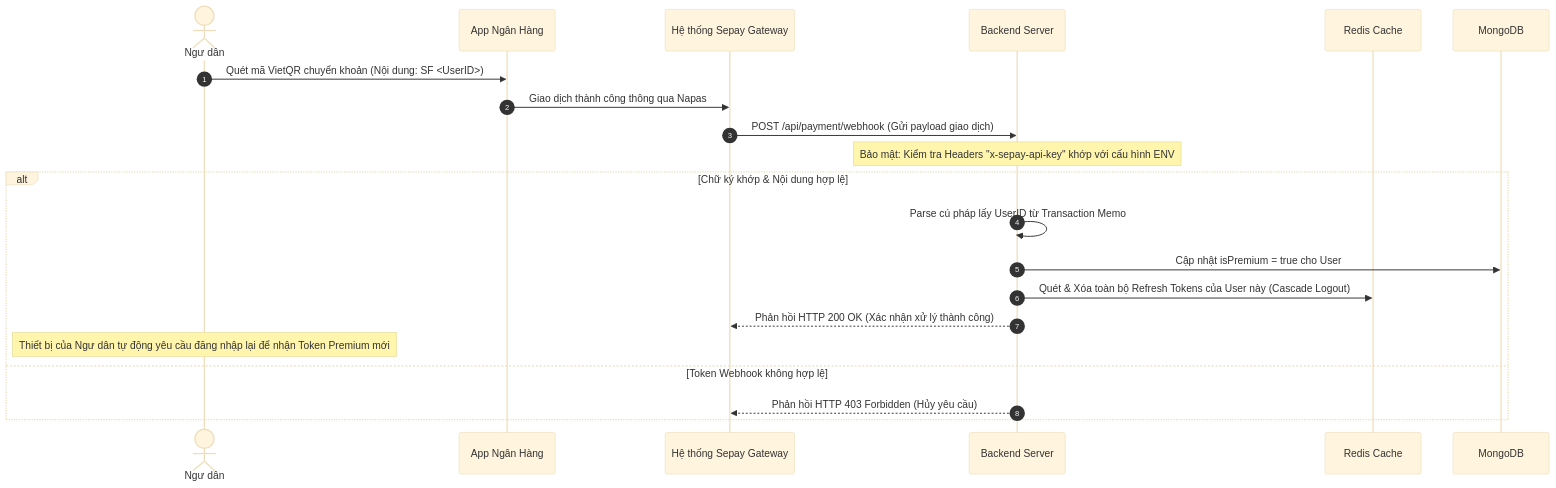
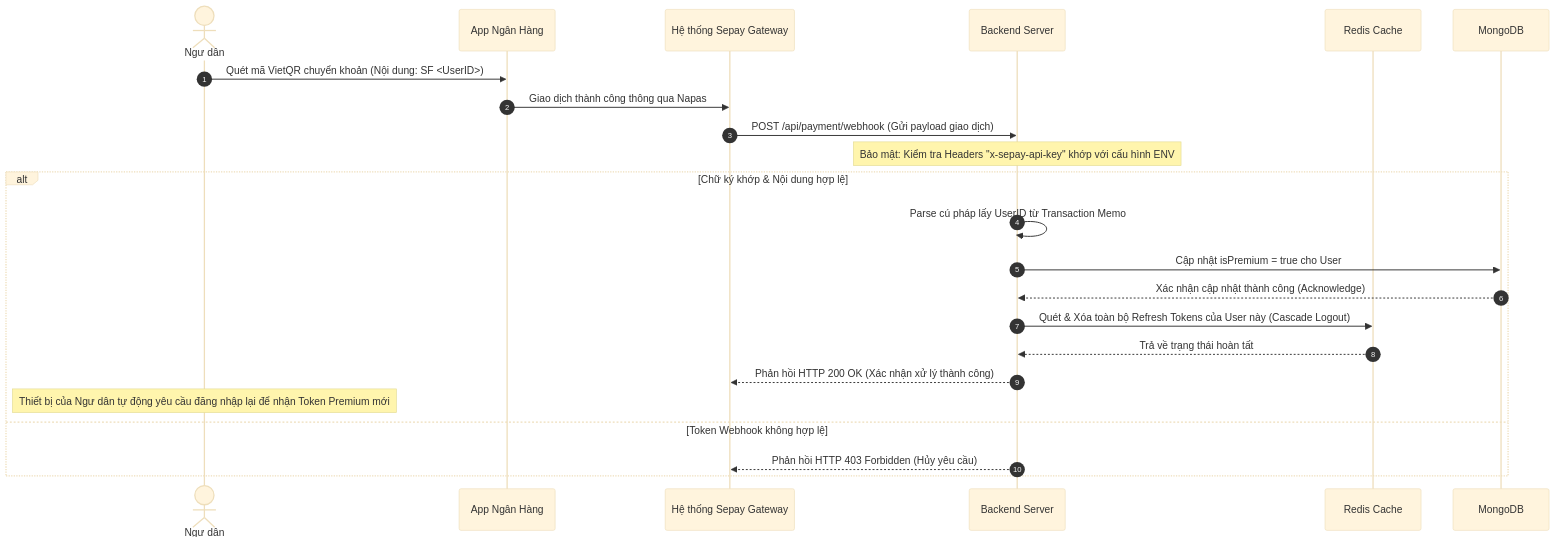
Before and after one commit to fptu-se-su26/swp391-su26-ai-audit-project-swp391_se20a04_group-06: the third of 4 diagrams in docs/01_architecture_and_design.md, drawn with Mermaid (base theme). The commit also changed other lines of this file and 1 other file, not shown here.

Commit message:
docs: update auth flow to show MongoDB queries, replace SMS OTP with Email SMTP OTP, add Webhook response arrows

````diff
--- a/docs/01_architecture_and_design.md
+++ b/docs/01_architecture_and_design.md
@@ -126,24 +132,26 @@
 ```mermaid
 sequenceDiagram
     autonumber
     actor User as Ngư dân
     participant Bank as App Ngân Hàng
     participant Sepay as Hệ thống Sepay Gateway
     participant Server as Backend Server
     participant Redis as Redis Cache
     participant DB as MongoDB
 
     User->>Bank: Quét mã VietQR chuyển khoản (Nội dung: SF <UserID>)
     Bank->>Sepay: Giao dịch thành công thông qua Napas
     Sepay->>Server: POST /api/payment/webhook (Gửi payload giao dịch)
     Note over Server: Bảo mật: Kiểm tra Headers "x-sepay-api-key" khớp với cấu hình ENV
     alt Chữ ký khớp & Nội dung hợp lệ
         Server->>Server: Parse cú pháp lấy UserID từ Transaction Memo
         Server->>DB: Cập nhật isPremium = true cho User
+        DB-->>Server: Xác nhận cập nhật thành công (Acknowledge)
         Server->>Redis: Quét & Xóa toàn bộ Refresh Tokens của User này (Cascade Logout)
+        Redis-->>Server: Trả về trạng thái hoàn tất
         Server-->>Sepay: Phản hồi HTTP 200 OK (Xác nhận xử lý thành công)
         Note over User: Thiết bị của Ngư dân tự động yêu cầu đăng nhập lại để nhận Token Premium mới
     else Token Webhook không hợp lệ
         Server-->>Sepay: Phản hồi HTTP 403 Forbidden (Hủy yêu cầu)
     end
 ```
````
